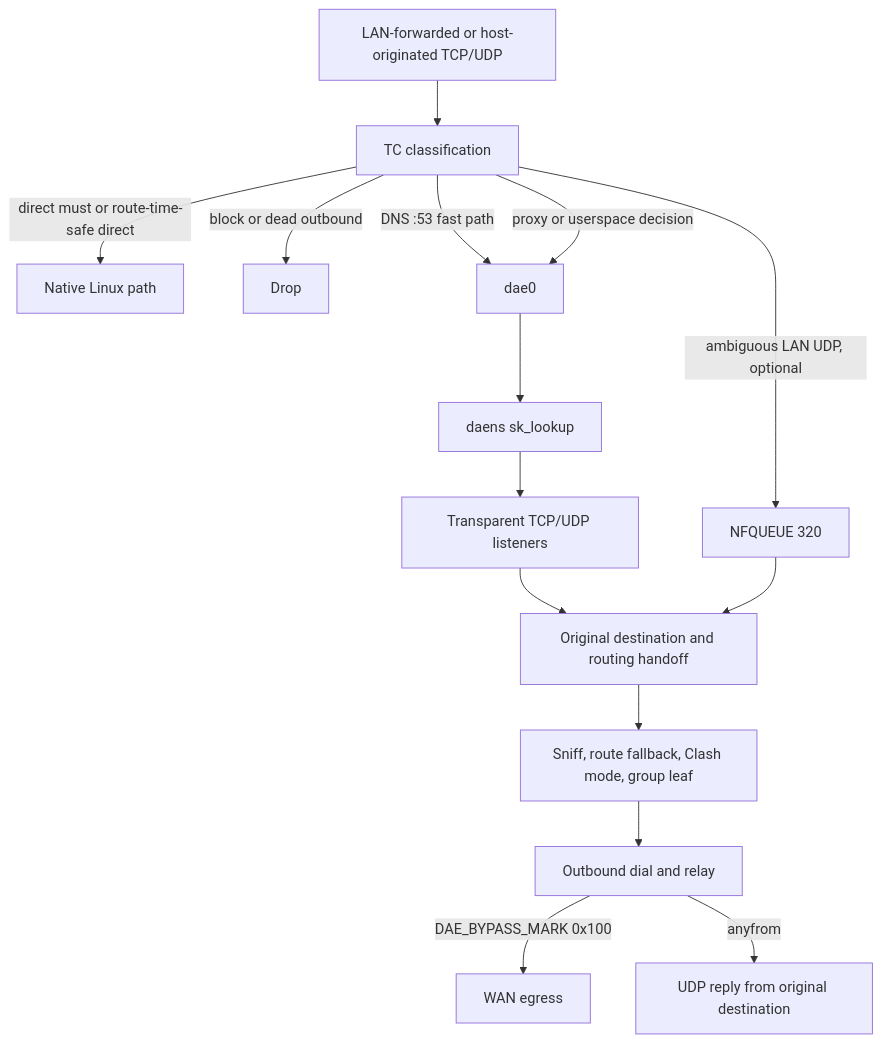
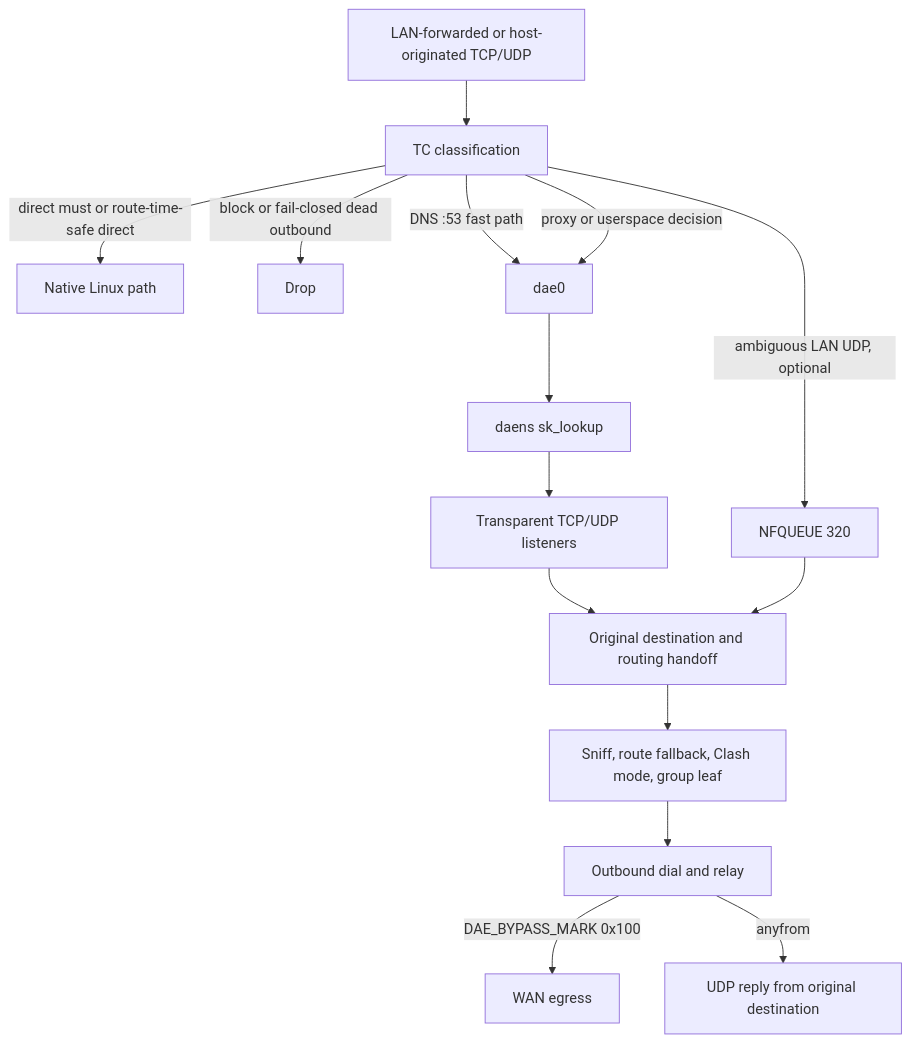
The second of 2 diagrams in doc/en/design/overview.md (Glassyiris/honk), drawn with Mermaid before and after one commit. The commit also changed other lines of this file and 20 other files, not shown here.

````diff
--- a/doc/en/design/overview.md
+++ b/doc/en/design/overview.md
@@ -55,17 +55,17 @@
 ```mermaid
 flowchart TB
   PACKET[LAN-forwarded or host-originated TCP/UDP] --> TC[TC classification]
   TC -->|direct must or route-time-safe direct| NATIVE[Native Linux path]
-  TC -->|block or dead outbound| DROP[Drop]
+  TC -->|block or fail-closed dead outbound| DROP[Drop]
   TC -->|DNS :53 fast path| DAE0[dae0]
   TC -->|proxy or userspace decision| DAE0
   TC -->|ambiguous LAN UDP, optional| NFQ[NFQUEUE 320]
   DAE0 --> SK[daens sk_lookup]
   SK --> LISTEN[Transparent TCP/UDP listeners]
   LISTEN --> CP[Original destination and routing handoff]
   NFQ --> CP
   CP --> DECIDE[Sniff, route fallback, Clash mode, group leaf]
   DECIDE --> DIAL[Outbound dial and relay]
   DIAL -->|DAE_BYPASS_MARK 0x100| WAN[WAN egress]
   DIAL -->|anyfrom| REPLY[UDP reply from original destination]
 ```
````
